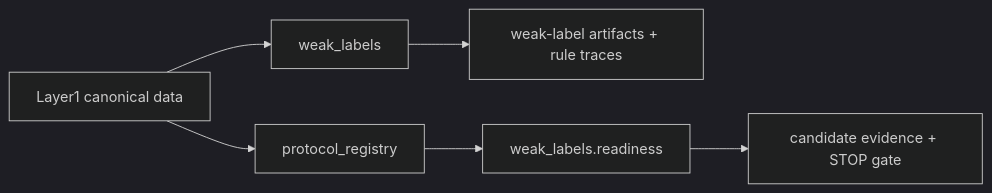
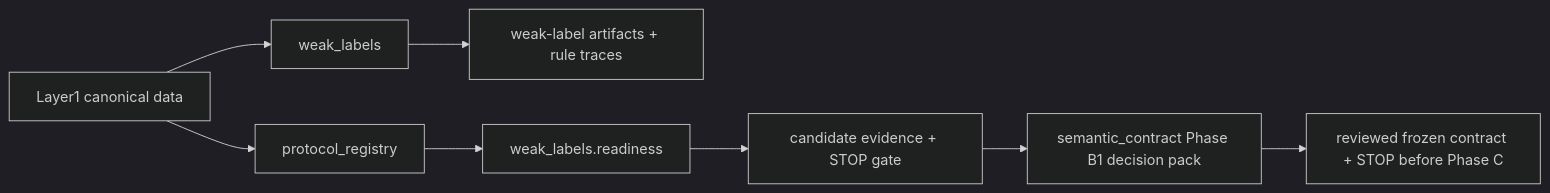
One commit to lawnguyenit/AgriFusion-IoT changed the diagram in Backend/Benchmark/weak_labels/FLOW.md. Above: the diagram before and after it, drawn with Mermaid (dark theme). The commit also changed other lines of this file and 10 other files, not shown here.

````diff
--- a/Backend/Benchmark/weak_labels/FLOW.md
+++ b/Backend/Benchmark/weak_labels/FLOW.md
@@ -5,8 +5,10 @@
 ```mermaid
 flowchart LR
     A["Layer1 canonical data"] --> B["weak_labels"]
     B --> C["weak-label artifacts + rule traces"]
     A --> D["protocol_registry"]
     D --> E["weak_labels.readiness"]
     E --> F["candidate evidence + STOP gate"]
+    F --> G["semantic_contract Phase B1 decision pack"]
+    G --> H["reviewed frozen contract + STOP before Phase C"]
 ```
````
